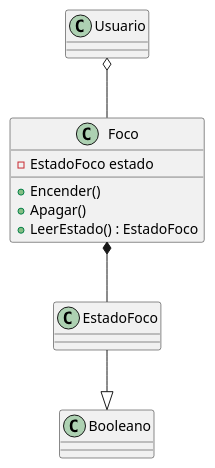
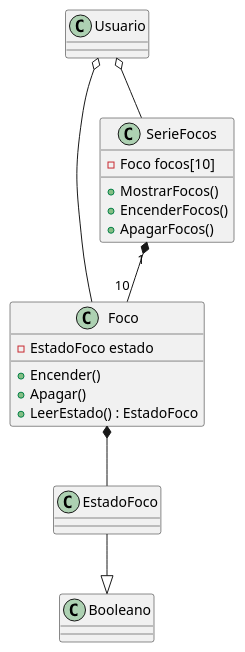
The diagram in docs/foco.puml (dafners/3E261-SegundoParcial), drawn with PlantUML before and after one commit. The commit also changed 3 other files, not shown here.

```diff
--- a/docs/foco.puml
+++ b/docs/foco.puml
@@ -1,18 +1,26 @@
 @startuml foco
 
 class Usuario
 
 class Foco {
 - EstadoFoco estado
 + Encender()
 + Apagar()
 + LeerEstado() : EstadoFoco
 }
 
 class EstadoFoco 
+class SerieFocos {
+    - Foco focos[10]
+    + MostrarFocos()
+    + EncenderFocos()
+    + ApagarFocos()
+}
 
 Usuario o-- Foco
 Foco *-- EstadoFoco
 EstadoFoco --|> Booleano
+SerieFocos "1" *-- "10" Foco
+Usuario o-- SerieFocos
 
 @enduml
```
